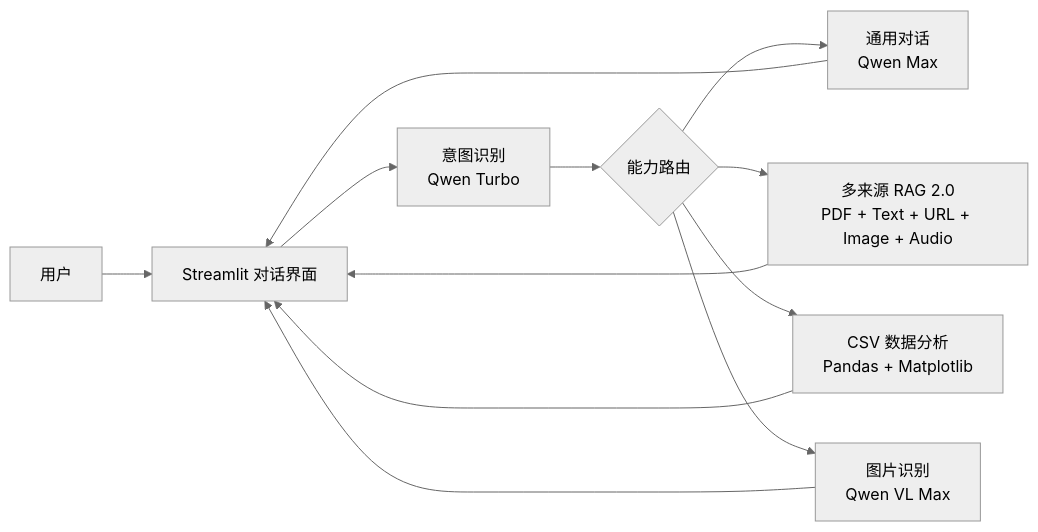
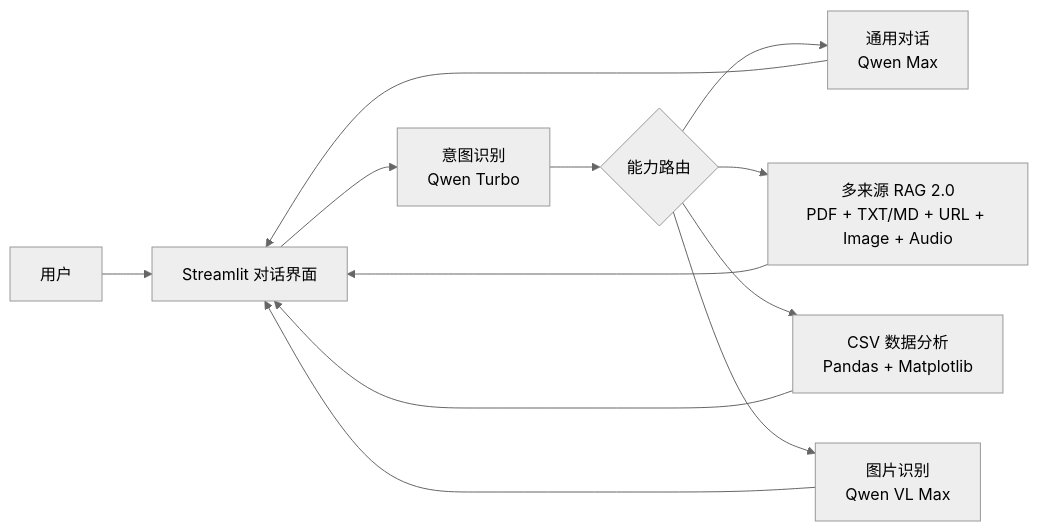
One commit to ChiYuouo/chat-bot changed the diagram in README.md. Above: the diagram before and after it, drawn with Mermaid (neutral theme). The commit also changed other lines of this file and 8 other files, not shown here.

````diff
--- a/README.md
+++ b/README.md
@@ -16,11 +16,11 @@
 ```mermaid
 flowchart LR
     U[用户] --> UI[Streamlit 对话界面]
     UI --> I[意图识别<br/>Qwen Turbo]
     I --> R{能力路由}
     R --> G[通用对话<br/>Qwen Max]
-    R --> D[多来源 RAG 2.0<br/>PDF + Text + URL + Image + Audio]
+    R --> D[多来源 RAG 2.0<br/>PDF + TXT/MD + URL + Image + Audio]
     R --> A[CSV 数据分析<br/>Pandas + Matplotlib]
     R --> V[图片识别<br/>Qwen VL Max]
     G & D & A & V --> UI
 ```
````
